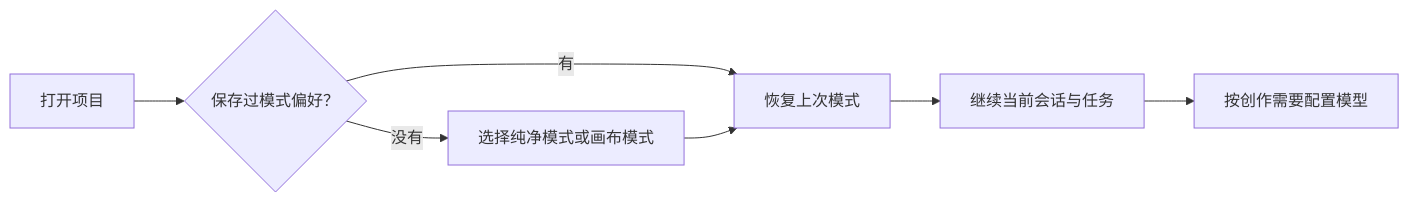
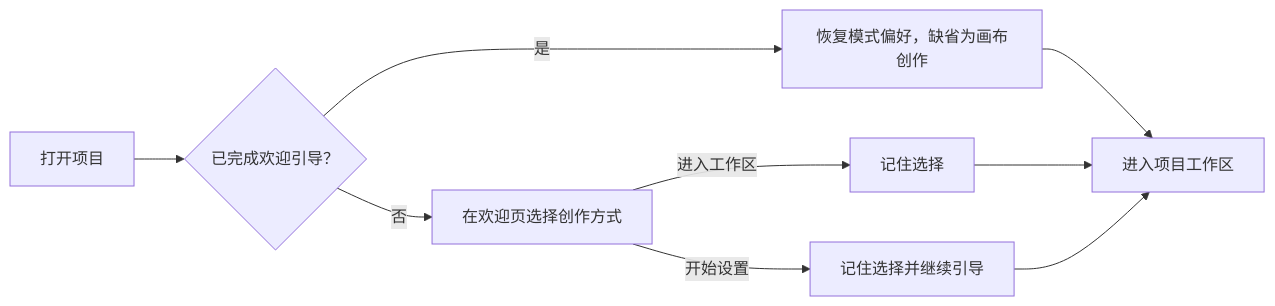
Before and after one commit to ThinkFlowLab/OpenDirector: the first of 2 diagrams in docs/architecture/workspace-modes-rfc.zh-CN.md, drawn with Mermaid. The commit also changed other lines of this file and 71 other files, not shown here.

````diff
--- a/docs/architecture/workspace-modes-rfc.zh-CN.md
+++ b/docs/architecture/workspace-modes-rfc.zh-CN.md
@@ -59,9 +61,11 @@
 ```mermaid
 flowchart LR
-    A[打开项目] --> B{保存过模式偏好？}
-    B -->|有| C[恢复上次模式]
-    B -->|没有| D[选择纯净模式或画布模式]
-    D --> C
-    C --> E[继续当前会话与任务]
-    E --> F[按创作需要配置模型]
+    A[打开项目] --> B{已完成欢迎引导？}
+    B -->|是| C[恢复模式偏好，缺省为画布创作]
+    B -->|否| D[在欢迎页选择创作方式]
+    D -->|进入工作区| E[记住选择]
+    D -->|开始设置| F[记住选择并继续引导]
+    C --> G[进入项目工作区]
+    E --> G
+    F --> G
 ```
````
